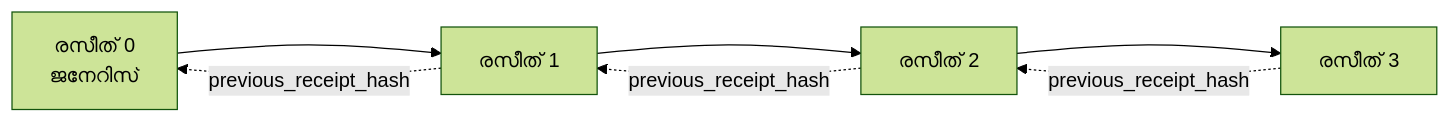
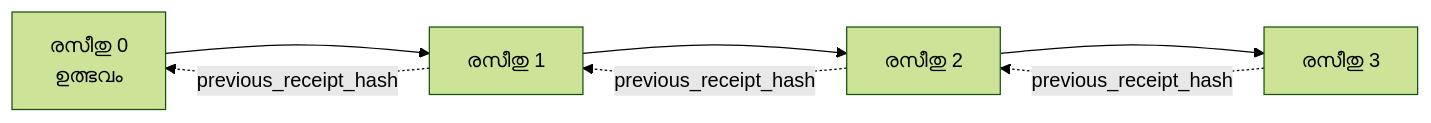
The second of 2 diagrams in mirrors/repos/microsoft@ai-agents-for-beginners/translations/ml/18-securing-ai-agents/README.md (gabrielmoreira/agent-skills-mirror), drawn with Mermaid (forest theme) before and after one commit. The commit also changed other lines of this file and 4482 other files, not shown here.

````diff
--- a/mirrors/repos/microsoft@ai-agents-for-beginners/translations/ml/18-securing-ai-agents/README.md
+++ b/mirrors/repos/microsoft@ai-agents-for-beginners/translations/ml/18-securing-ai-agents/README.md
@@ -206,9 +206,9 @@
 ```mermaid
 flowchart LR
-    R0[രസീത് 0<br/>ജനേറിസ്] --> R1[രസീത് 1]
-    R1 --> R2[രസീത് 2]
-    R2 --> R3[രസീത് 3]
+    R0[രസീതു 0<br/>ഉത്ഭവം] --> R1[രസീതു 1]
+    R1 --> R2[രസീതു 2]
+    R2 --> R3[രസീതു 3]
     R1 -. previous_receipt_hash .-> R0
     R2 -. previous_receipt_hash .-> R1
     R3 -. previous_receipt_hash .-> R2
 ```
````
